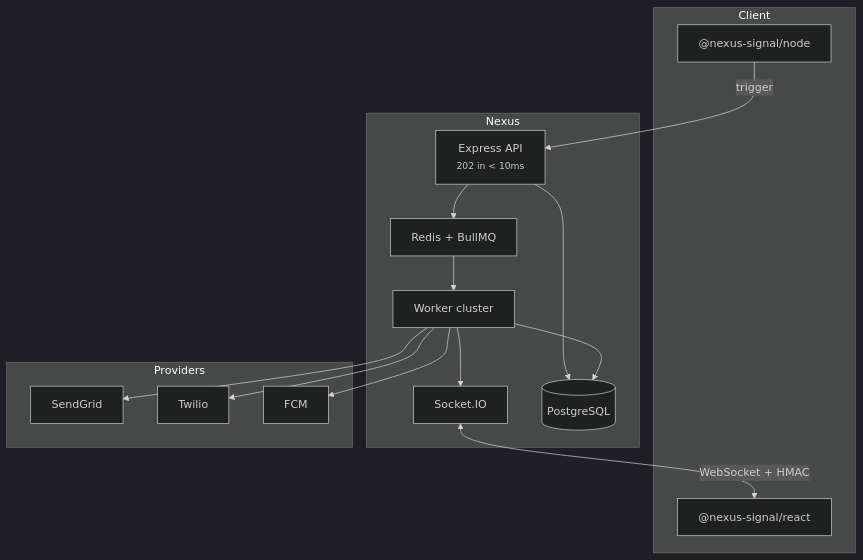
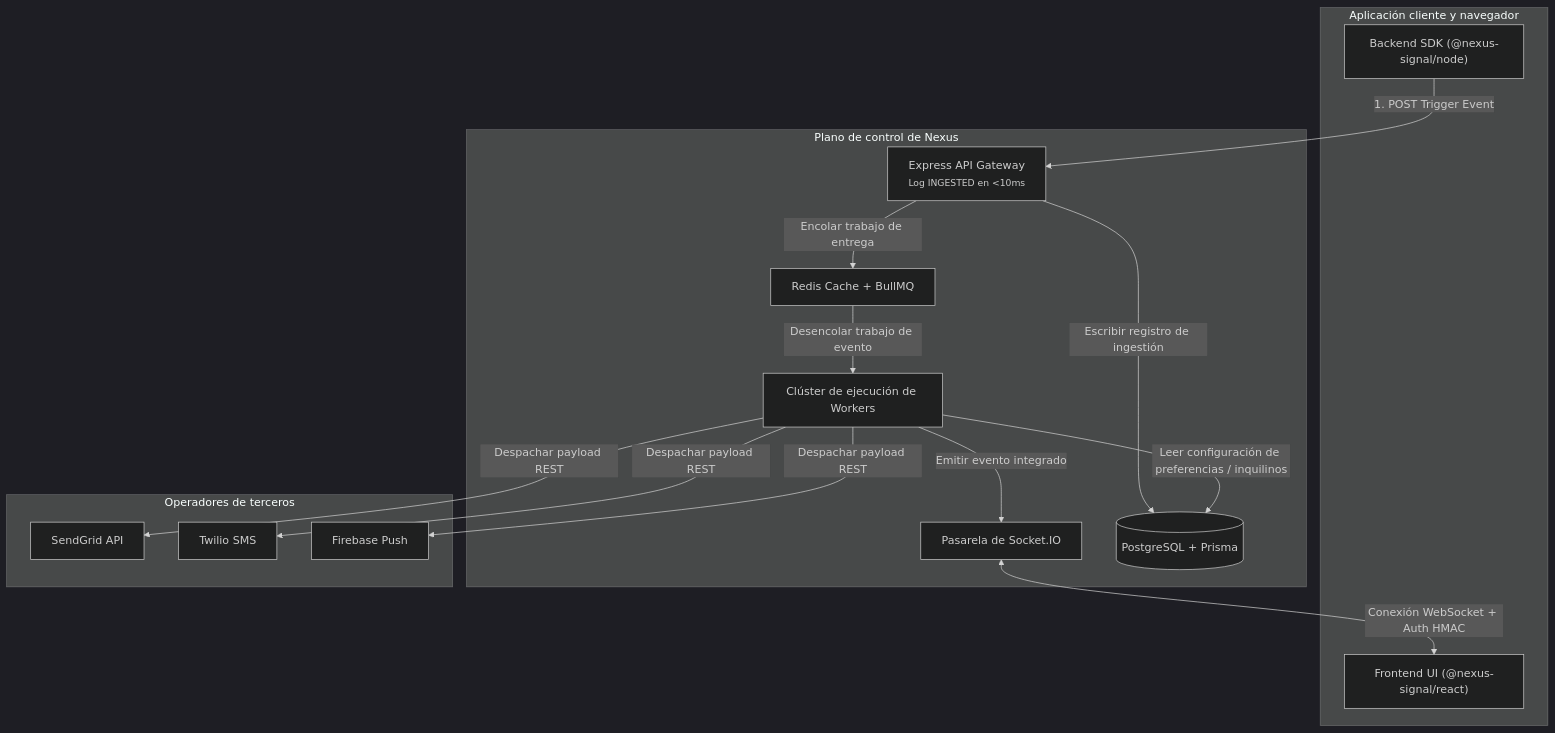
Before and after one commit to KriyanshKhunt/nexus_docs: the diagram in content/docs/es/platform/concepts/architecture.mdx, drawn with Mermaid (dark theme). The commit also changed other lines of this file and 24 other files, not shown here.

````diff
--- a/content/docs/es/platform/concepts/architecture.mdx
+++ b/content/docs/es/platform/concepts/architecture.mdx
@@ -8,30 +14,30 @@
 ```mermaid
 flowchart TB
-  subgraph Client
-    SDK["@nexus-signal/node"]
-    UI["@nexus-signal/react"]
+  subgraph Client [Aplicación cliente y navegador]
+    SDK["Backend SDK (@nexus-signal/node)"]
+    UI["Frontend UI (@nexus-signal/react)"]
   end
 
-  subgraph Nexus
-    API["Express API<br/><small>202 in &lt; 10ms</small>"]
-    Q["Redis + BullMQ"]
-    W["Worker cluster"]
-    WS["Socket.IO"]
-    DB[(PostgreSQL)]
+  subgraph Nexus [Plano de control de Nexus]
+    API["Express API Gateway<br/><small>Log INGESTED en &lt;10ms</small>"]
+    Q["Redis Cache + BullMQ"]
+    W["Clúster de ejecución de Workers"]
+    WS["Pasarela de Socket.IO"]
+    DB[(PostgreSQL + Prisma)]
   end
 
-  subgraph Providers
-    SG[SendGrid]
-    TW[Twilio]
-    FCM[FCM]
+  subgraph Providers [Operadores de terceros]
+    SG[SendGrid API]
+    TW[Twilio SMS]
+    FCM[Firebase Push]
   end
 
-  SDK -->|trigger| API
-  API --> DB
-  API --> Q
-  Q --> W
-  W --> DB
-  W --> SG & TW & FCM
-  W --> WS
-  WS <-->|WebSocket + HMAC| UI
+  SDK -->|1. POST Trigger Event| API
+  API -->|Escribir registro de ingestión| DB
+  API -->|Encolar trabajo de entrega| Q
+  Q -->|Desencolar trabajo de evento| W
+  W -->|Leer configuración de preferencias / inquilinos| DB
+  W -->|Despachar payload REST| SG & TW & FCM
+  W -->|Emitir evento integrado| WS
+  WS <-->|Conexión WebSocket + Auth HMAC| UI
 ```
````
